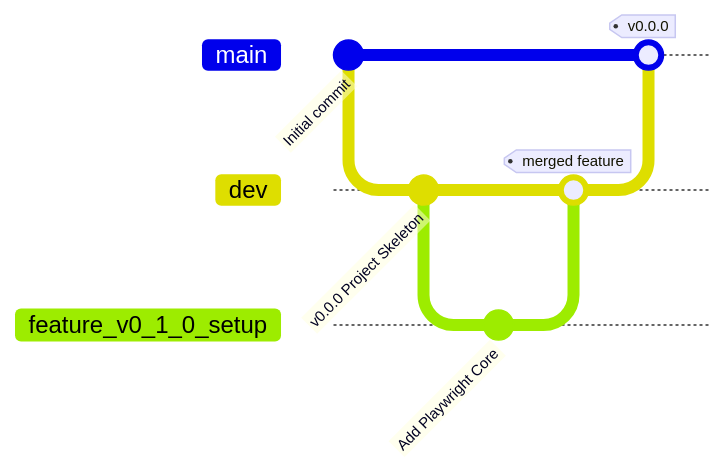
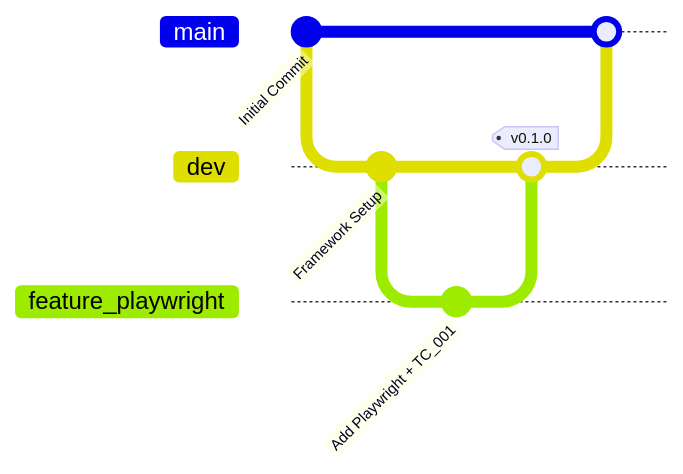
One commit to opencode-qa/hybrid-framework changed the eighth of 9 diagrams in README.md. Above: the diagram before and after it, drawn with Mermaid. The commit also changed other lines of this file and 7 other files, not shown here.

````diff
--- a/README.md
+++ b/README.md
@@ -147,19 +519,19 @@
 ```mermaid
 gitGraph
 
-    commit id: "Initial commit"
+    commit id: "Initial Commit"
 
     branch dev
     checkout dev
-    commit id: "v0.0.0 Project Skeleton"
+    commit id: "Framework Setup"
 
-    branch feature_v0_1_0_setup
-    checkout feature_v0_1_0_setup
-    commit id: "Add Playwright Core"
+    branch feature_playwright
+    checkout feature_playwright
+    commit id: "Add Playwright + TC_001"
 
     checkout dev
-    merge feature_v0_1_0_setup tag: "merged feature"
+    merge feature_playwright tag: "v0.1.0"
 
     checkout main
-    merge dev tag: "v0.0.0"
+    merge dev
 ```
````
